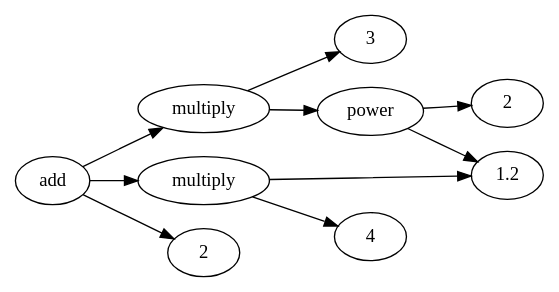
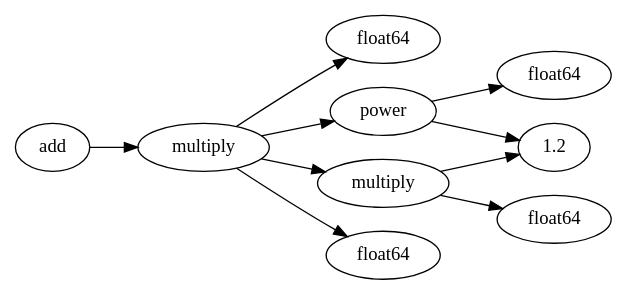
One commit to WackAlley/worksheet changed the diagram in project2/graph_out/tt/function3.gv. Above: the diagram before and after it, drawn with Graphviz. The commit also changed 11 other files, not shown here.

```diff
--- a/project2/graph_out/tt/function3.gv
+++ b/project2/graph_out/tt/function3.gv
@@ -1,22 +1,22 @@
 digraph function3 {
 	rankdir=LR
-	140130332560464 [label=add]
-	140130332205376 [label=multiply]
-	140130332560464 -> 140130332205376
-	140130332250128 [label=3]
-	140130332205376 -> 140130332250128
-	140130332205104 [label=power]
-	140130332205376 -> 140130332205104
-	140130332492864 [label=1.2]
-	140130332205104 -> 140130332492864
-	140130332204832 [label=2]
-	140130332205104 -> 140130332204832
-	140130332559952 [label=multiply]
-	140130332560464 -> 140130332559952
-	140130332205648 [label=4]
-	140130332559952 -> 140130332205648
-	140130332492864 [label=1.2]
-	140130332559952 -> 140130332492864
-	140130332560208 [label=2]
-	140130332560464 -> 140130332560208
+	140130320867504 [label=add]
+	140130320868400 [label=multiply]
+	140130320867504 -> 140130320868400
+	140130332211360 [label=float64]
+	140130320868400 -> 140130332211360
+	140130322692688 [label=power]
+	140130320868400 -> 140130322692688
+	140133311440144 [label=1.2]
+	140130322692688 -> 140133311440144
+	140130326825712 [label=float64]
+	140130322692688 -> 140130326825712
+	140130321269536 [label=multiply]
+	140130320868400 -> 140130321269536
+	140130322692944 [label=float64]
+	140130321269536 -> 140130322692944
+	140133311440144 [label=1.2]
+	140130321269536 -> 140133311440144
+	140130321269056 [label=float64]
+	140130320868400 -> 140130321269056
 }
```
